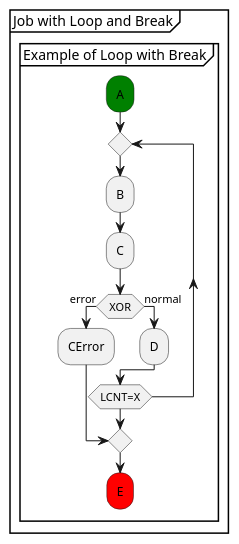
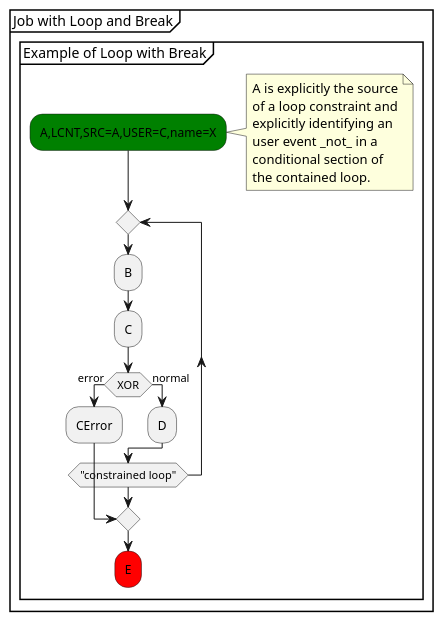
The diagram in models/SequenceVerificationDataCentric/puml/Tutorial_18.puml (xtuml/munin), drawn with PlantUML before and after one commit. The commit also changed 5 other files, not shown here.

```diff
--- a/models/SequenceVerificationDataCentric/puml/Tutorial_18.puml
+++ b/models/SequenceVerificationDataCentric/puml/Tutorial_18.puml
@@ -1,18 +1,26 @@
 @startuml
 partition "Job with Loop and Break" {
   group "Example of Loop with Break"
-    #green:A;
+    #green:A,LCNT,SRC=A,USER=C,name=X;
+    note right
+      A is explicitly the source
+      of a loop constraint and
+      explicitly identifying an
+      user event _not_ in a
+      conditional section of
+      the contained loop.
+    end note
     repeat
       :B;
       :C;
       if (XOR) then (error)
         :CError;
         break
       else (normal)
         :D;
       endif
-    repeat while (LCNT=X)
+    repeat while ("constrained loop")
     #red:E;
   end group
 }
 @enduml
```
